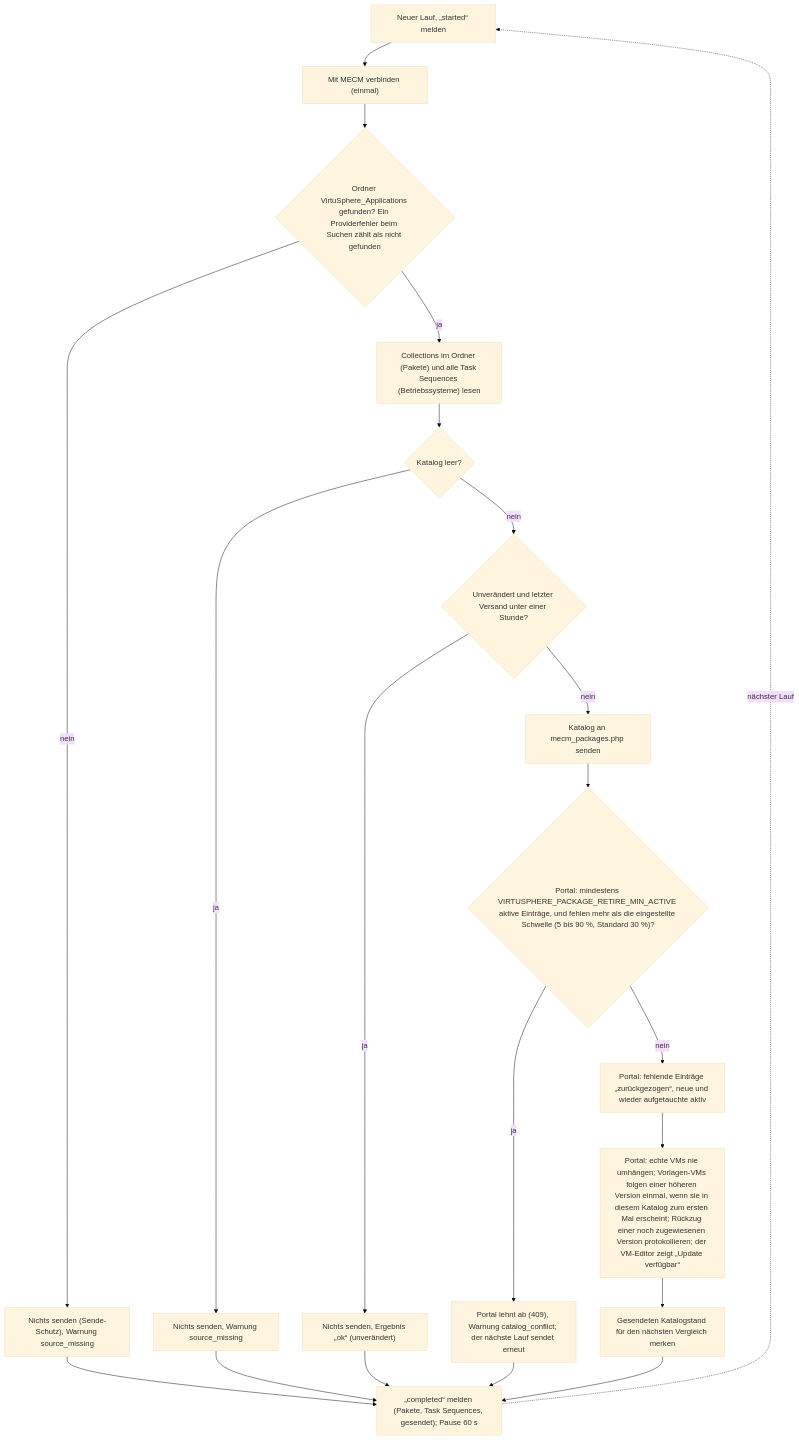
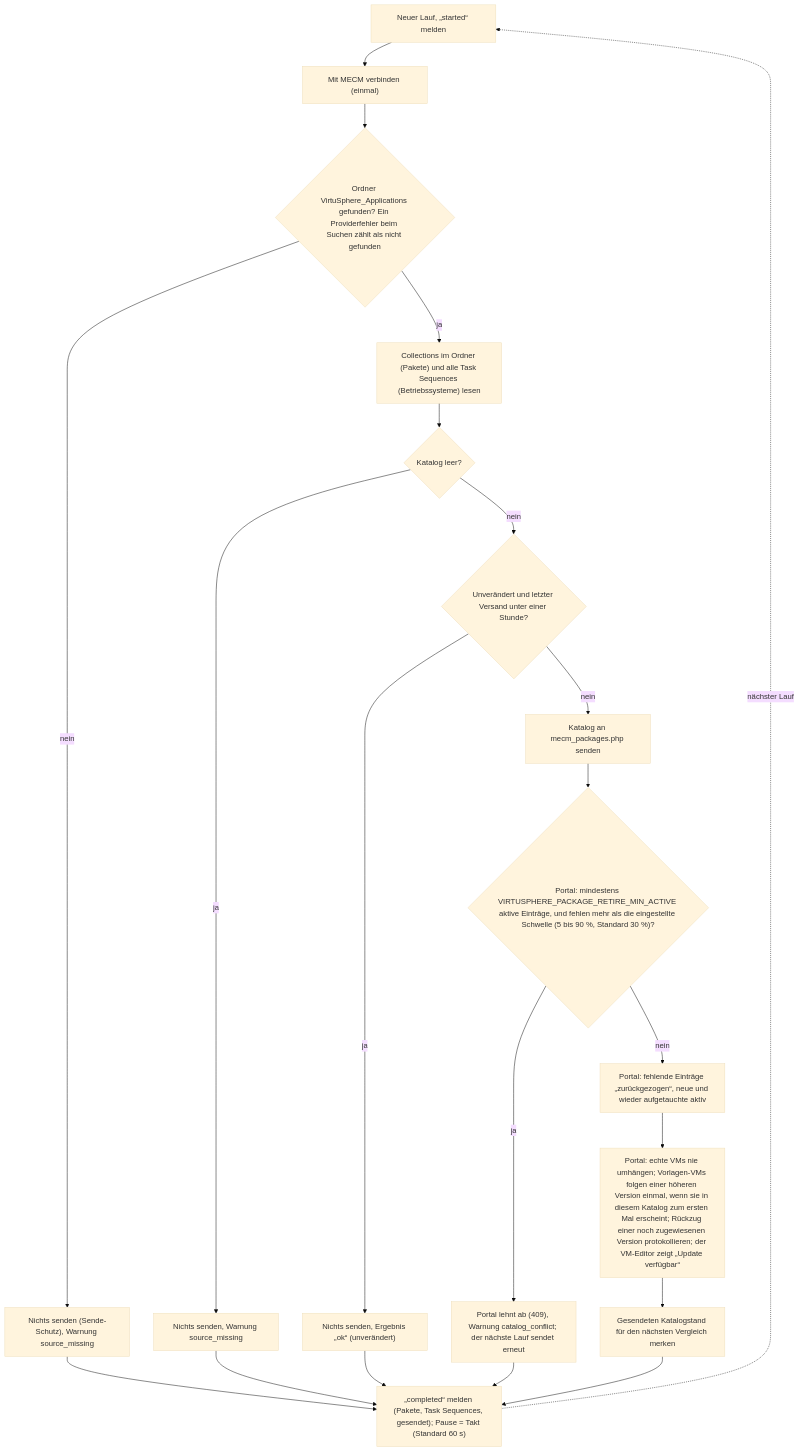
Before and after one commit to Samy94M/VirtuSphere-v2-WebApp: the third of 5 diagrams in docs/operations/mecm-scheduled-tasks.md, drawn with Mermaid (base theme). The commit also changed other lines of this file and 14 other files, not shown here.

````diff
--- a/docs/operations/mecm-scheduled-tasks.md
+++ b/docs/operations/mecm-scheduled-tasks.md
@@ -85,19 +85,19 @@
 ```mermaid
 flowchart TD
   S["Neuer Lauf, „started“ melden"] --> M["Mit MECM verbinden (einmal)"]
   M --> F{"Ordner VirtuSphere_Applications gefunden? Ein Providerfehler beim Suchen zählt als nicht gefunden"}
   F -->|nein| F1["Nichts senden (Sende-Schutz), Warnung source_missing"] --> R
   F -->|ja| K["Collections im Ordner (Pakete) und alle Task Sequences (Betriebssysteme) lesen"]
   K --> E{"Katalog leer?"}
   E -->|ja| E1["Nichts senden, Warnung source_missing"] --> R
   E -->|nein| U{"Unverändert und letzter Versand unter einer Stunde?"}
   U -->|ja| U1["Nichts senden, Ergebnis „ok“ (unverändert)"] --> R
   U -->|nein| P["Katalog an mecm_packages.php senden"]
   P --> T{"Portal: mindestens VIRTUSPHERE_PACKAGE_RETIRE_MIN_ACTIVE aktive Einträge, und fehlen mehr als die eingestellte Schwelle (5 bis 90 %, Standard 30 %)?"}
   T -->|ja| T1["Portal lehnt ab (409), Warnung catalog_conflict; der nächste Lauf sendet erneut"] --> R
   T -->|nein| RT["Portal: fehlende Einträge „zurückgezogen“, neue und wieder aufgetauchte aktiv"]
   RT --> RL["Portal: echte VMs nie umhängen; Vorlagen-VMs folgen einer höheren Version einmal, wenn sie in diesem Katalog zum ersten Mal erscheint; Rückzug einer noch zugewiesenen Version protokollieren; der VM-Editor zeigt „Update verfügbar“"]
   RL --> H["Gesendeten Katalogstand für den nächsten Vergleich merken"]
-  H --> R["„completed“ melden (Pakete, Task Sequences, gesendet); Pause 60 s"]
+  H --> R["„completed“ melden (Pakete, Task Sequences, gesendet); Pause = Takt (Standard 60 s)"]
   R -.->|nächster Lauf| S
 ```
````
